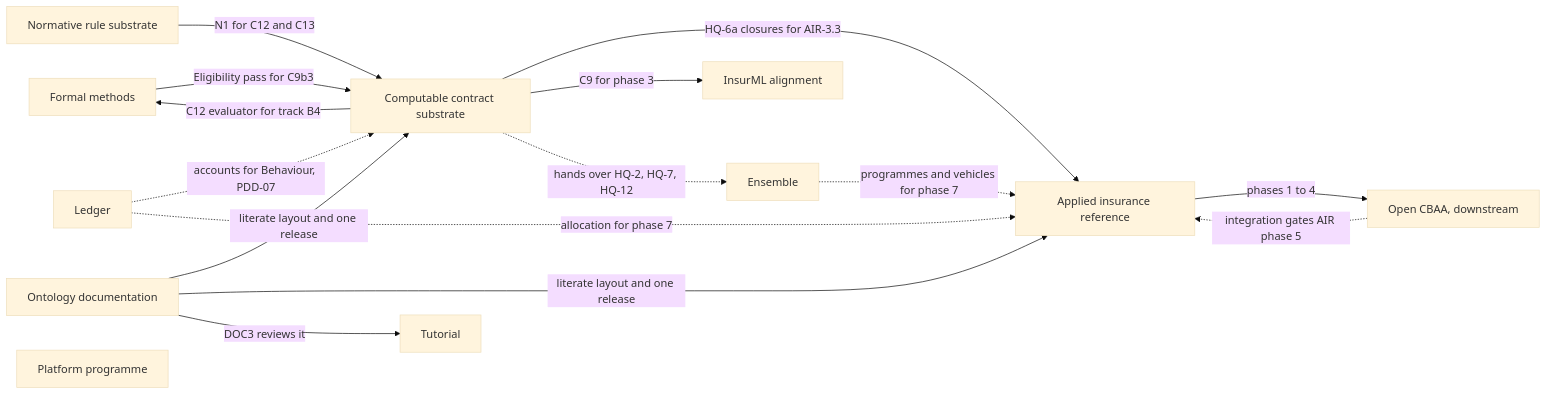
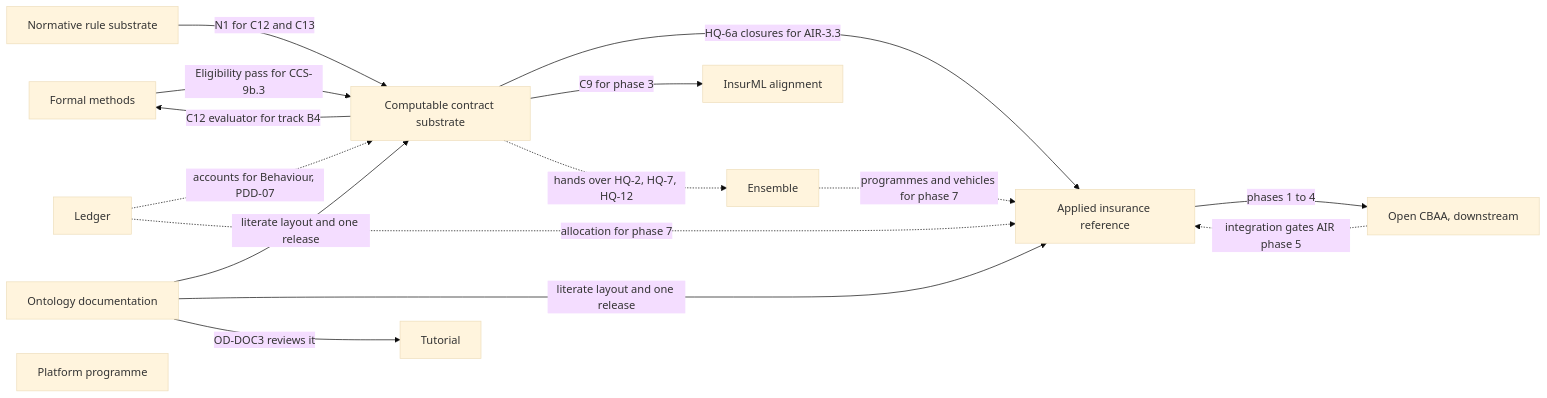
One commit to nebularis/lattice changed the second of 9 diagrams in docs/developer/ROADMAP.md. Above: the diagram before and after it, drawn with Mermaid (base theme). The commit also changed other lines of this file and 422 other files, not shown here.

````diff
--- a/docs/developer/ROADMAP.md
+++ b/docs/developer/ROADMAP.md
@@ -62,29 +62,29 @@
 ```mermaid
 flowchart LR
     FM["Formal methods"]
     CCS["Computable contract substrate"]
     AIR["Applied insurance reference"]
     NRS["Normative rule substrate"]
     IMA["InsurML alignment"]
     IOD["Ontology documentation"]
     ENS["Ensemble"]
     LDG["Ledger"]
     PLAT["Platform programme"]
     TUT["Tutorial"]
     CBAA["Open CBAA, downstream"]
 
-    FM -->|"Eligibility pass for C9b3"| CCS
+    FM -->|"Eligibility pass for CCS-9b.3"| CCS
     CCS -->|"HQ-6a closures for AIR-3.3"| AIR
     CCS -->|"C12 evaluator for track B4"| FM
     NRS -->|"N1 for C12 and C13"| CCS
     CCS -->|"C9 for phase 3"| IMA
     AIR -->|"phases 1 to 4"| CBAA
     CBAA -.->|"integration gates AIR phase 5"| AIR
     CCS -.->|"hands over HQ-2, HQ-7, HQ-12"| ENS
     ENS -.->|"programmes and vehicles for phase 7"| AIR
     LDG -.->|"accounts for Behaviour, PDD-07"| CCS
     LDG -.->|"allocation for phase 7"| AIR
     IOD -->|"literate layout and one release"| CCS
     IOD -->|"literate layout and one release"| AIR
-    IOD -->|"DOC3 reviews it"| TUT
+    IOD -->|"OD-DOC3 reviews it"| TUT
 ```
````
